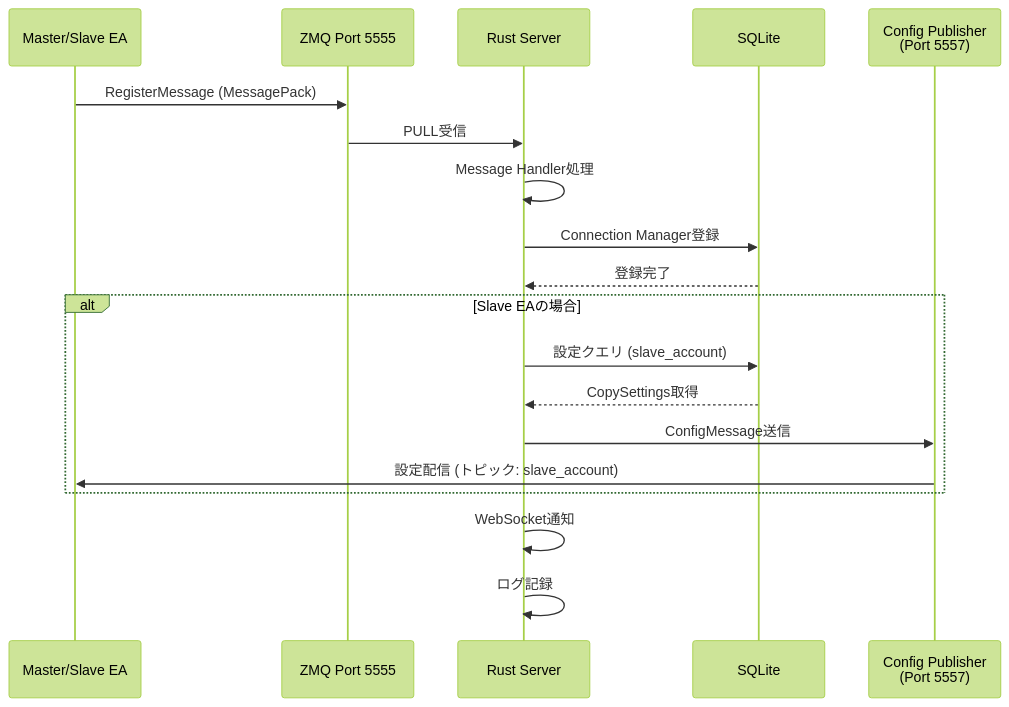
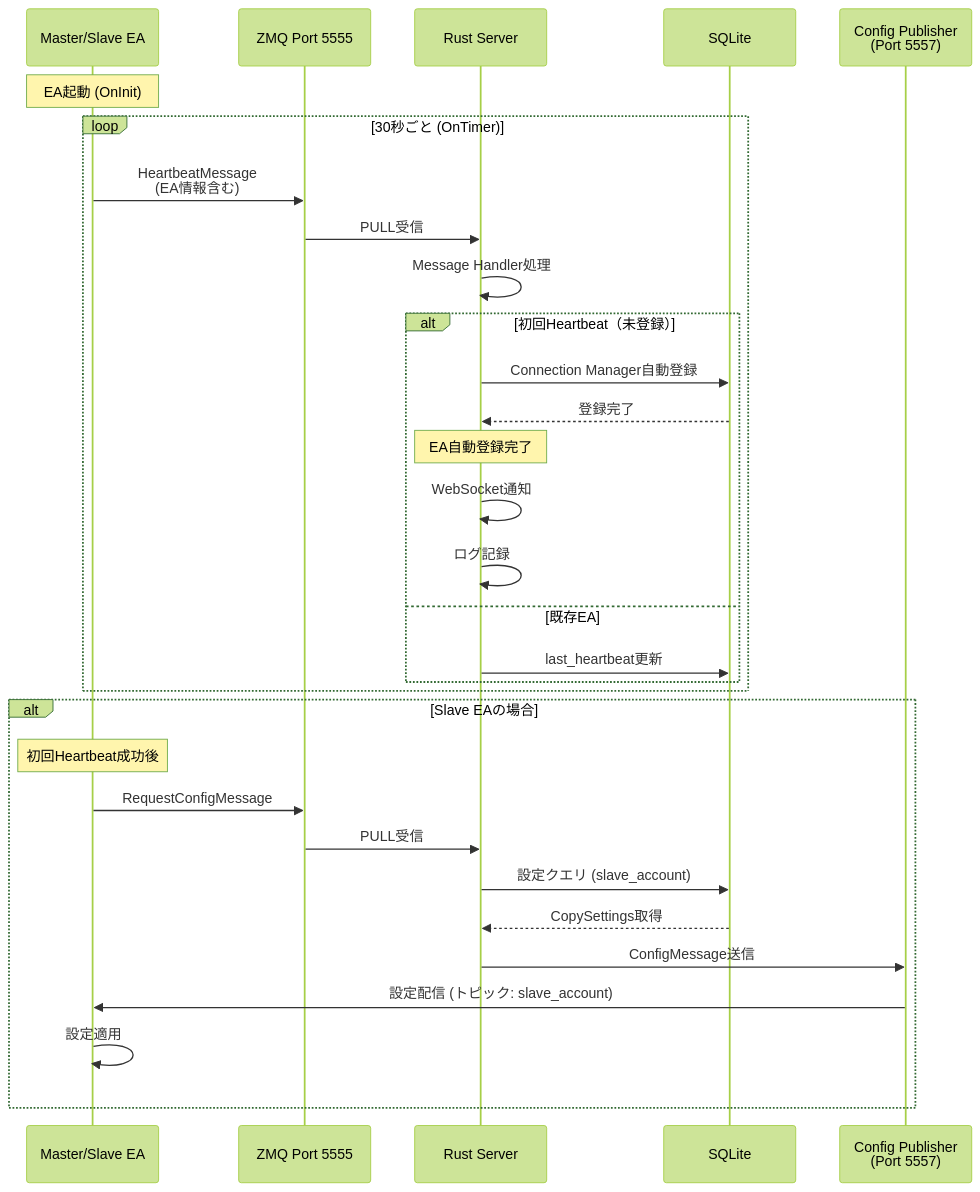
One commit to poruru210/sankey-copier changed the fifth of 8 diagrams in docs/architecture.md. Above: the diagram before and after it, drawn with Mermaid (forest theme). The commit also changed other lines of this file and 2 other files, not shown here.

First line of the commit message:
docs: Update documentation for Heartbeat-based auto-registration

````diff
--- a/docs/architecture.md
+++ b/docs/architecture.md
@@ -441,24 +441,37 @@
 ```mermaid
 sequenceDiagram
     participant EA as Master/Slave EA
     participant ZMQ as ZMQ Port 5555
     participant Server as Rust Server
     participant DB as SQLite
     participant Config as Config Publisher<br/>(Port 5557)
 
-    EA->>ZMQ: RegisterMessage (MessagePack)
-    ZMQ->>Server: PULL受信
-    Server->>Server: Message Handler処理
-    Server->>DB: Connection Manager登録
-    DB-->>Server: 登録完了
+    Note over EA: EA起動 (OnInit)
+
+    loop 30秒ごと (OnTimer)
+        EA->>ZMQ: HeartbeatMessage<br/>(EA情報含む)
+        ZMQ->>Server: PULL受信
+        Server->>Server: Message Handler処理
+
+        alt 初回Heartbeat（未登録）
+            Server->>DB: Connection Manager自動登録
+            DB-->>Server: 登録完了
+            Note over Server: EA自動登録完了
+            Server->>Server: WebSocket通知
+            Server->>Server: ログ記録
+        else 既存EA
+            Server->>DB: last_heartbeat更新
+        end
+    end
 
     alt Slave EAの場合
+        Note over EA: 初回Heartbeat成功後
+        EA->>ZMQ: RequestConfigMessage
+        ZMQ->>Server: PULL受信
         Server->>DB: 設定クエリ (slave_account)
         DB-->>Server: CopySettings取得
         Server->>Config: ConfigMessage送信
         Config->>EA: 設定配信 (トピック: slave_account)
+        EA->>EA: 設定適用
     end
-
-    Server->>Server: WebSocket通知
-    Server->>Server: ログ記録
 ```
````
